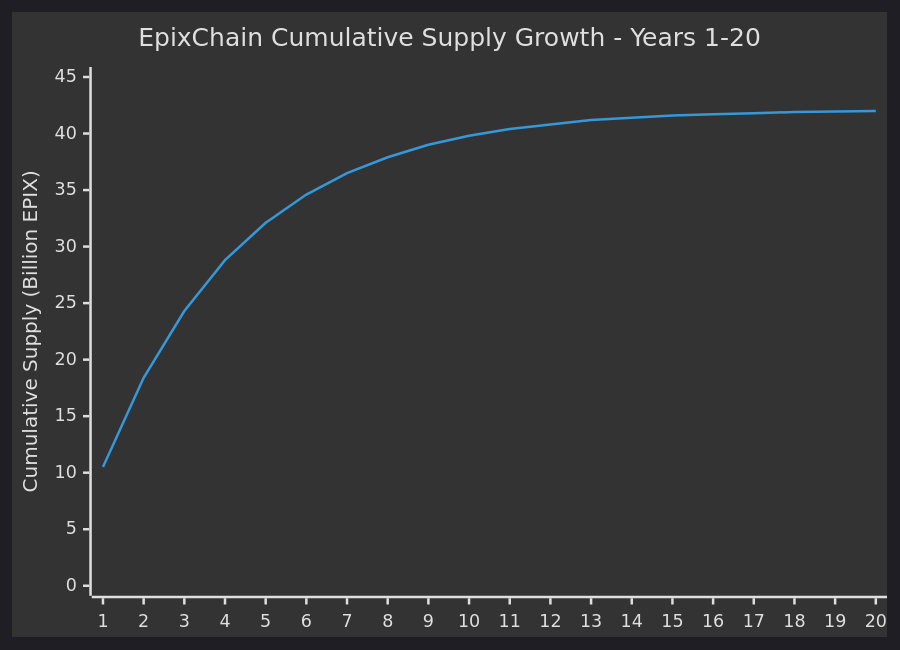
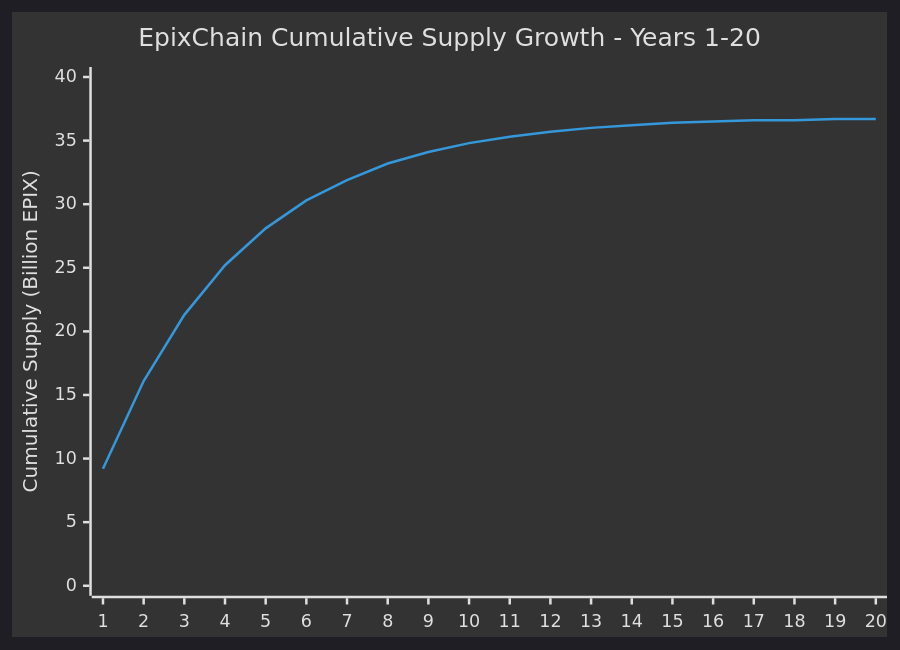
One commit to cosmos/evm changed the second of 2 diagrams in x/epixmint/README.md. Above: the diagram before and after it, drawn with Mermaid. The commit also changed other lines of this file and 3 other files, not shown here.

````diff
--- a/x/epixmint/README.md
+++ b/x/epixmint/README.md
@@ -36,8 +37,8 @@
 ```mermaid
 %%{init: {'theme':'dark'}}%%
 xychart-beta
     title "EpixChain Cumulative Supply Growth - Years 1-20"
     x-axis [1, 2, 3, 4, 5, 6, 7, 8, 9, 10, 11, 12, 13, 14, 15, 16, 17, 18, 19, 20]
-    y-axis "Cumulative Supply (Billion EPIX)" 0 --> 45
-    line [10.5, 18.4, 24.3, 28.8, 32.1, 34.6, 36.5, 37.9, 39.0, 39.8, 40.4, 40.8, 41.2, 41.4, 41.6, 41.7, 41.8, 41.9, 41.95, 42.0]
+    y-axis "Cumulative Supply (Billion EPIX)" 0 --> 40
+    line [9.2, 16.1, 21.3, 25.2, 28.1, 30.3, 31.9, 33.2, 34.1, 34.8, 35.3, 35.7, 36.0, 36.2, 36.4, 36.5, 36.6, 36.6, 36.7, 36.7]
 ```
````
